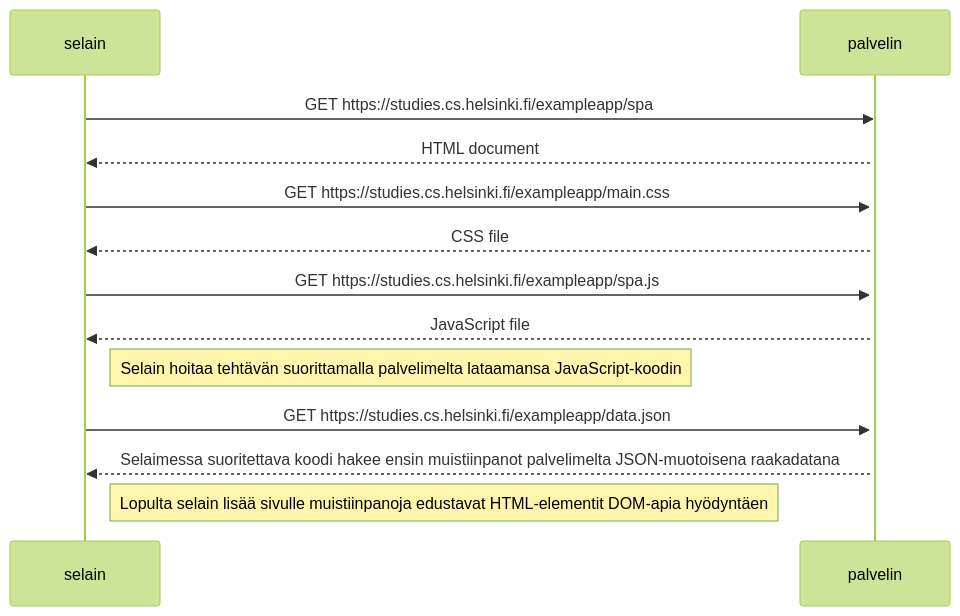
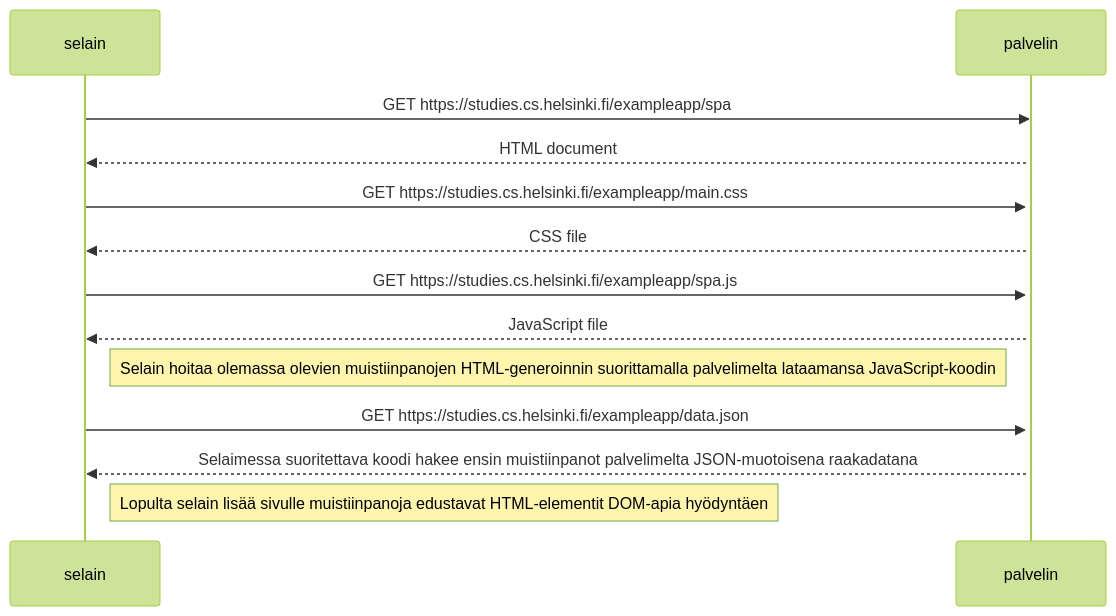
One commit to superjunnu/fullstackopen changed the diagram in osa0/0.5/spa.md. Above: the diagram before and after it, drawn with Mermaid (forest theme).

````diff
--- a/osa0/0.5/spa.md
+++ b/osa0/0.5/spa.md
@@ -1,30 +1,30 @@
 ```mermaid
 sequenceDiagram
     participant selain
     participant palvelin
     
     selain->>palvelin: GET https://studies.cs.helsinki.fi/exampleapp/spa
     activate palvelin
     palvelin-->>selain: HTML document
     
     
     selain->>palvelin: GET https://studies.cs.helsinki.fi/exampleapp/main.css
     activate palvelin
     palvelin-->>selain: CSS file
 
     
     selain->>palvelin: GET https://studies.cs.helsinki.fi/exampleapp/spa.js
     activate palvelin
     palvelin-->>selain: JavaScript file
 
     
-    Note right of selain: Selain hoitaa tehtävän suorittamalla palvelimelta lataamansa JavaScript-koodin
+    Note right of selain: Selain hoitaa olemassa olevien muistiinpanojen HTML-generoinnin suorittamalla palvelimelta lataamansa JavaScript-koodin
     
     selain->>palvelin: GET https://studies.cs.helsinki.fi/exampleapp/data.json
     activate palvelin
     palvelin-->>selain: Selaimessa suoritettava koodi hakee ensin muistiinpanot palvelimelta JSON-muotoisena raakadatana
    
 
     Note right of selain: Lopulta selain lisää sivulle muistiinpanoja edustavat HTML-elementit DOM-apia hyödyntäen
 
 ```
````
